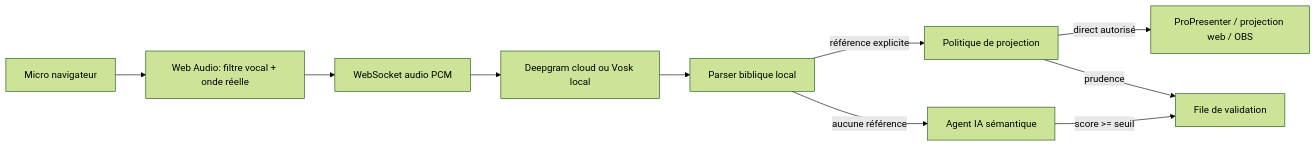
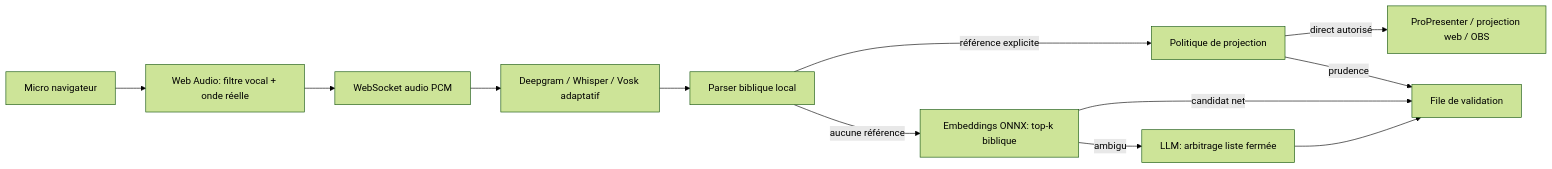
Before and after one commit to gafard/VersePro: the diagram in v2/README.md, drawn with Mermaid (forest theme). The commit also changed other lines of this file and 28 other files, not shown here.

````diff
--- a/v2/README.md
+++ b/v2/README.md
@@ -130,12 +137,14 @@
 ```mermaid
 flowchart LR
   Mic["Micro navigateur"] --> Audio["Web Audio: filtre vocal + onde réelle"]
   Audio --> WS["WebSocket audio PCM"]
-  WS --> ASR["Deepgram cloud ou Vosk local"]
+  WS --> ASR["Deepgram / Whisper / Vosk adaptatif"]
   ASR --> Parser["Parser biblique local"]
   Parser -->|référence explicite| Policy["Politique de projection"]
-  Parser -->|aucune référence| AI["Agent IA sémantique"]
-  AI -->|score >= seuil| Queue["File de validation"]
+  Parser -->|aucune référence| ONNX["Embeddings ONNX: top-k biblique"]
+  ONNX -->|candidat net| Queue["File de validation"]
+  ONNX -->|ambigu| AI["LLM: arbitrage liste fermée"]
+  AI --> Queue
   Policy -->|direct autorisé| Projector["ProPresenter / projection web / OBS"]
   Policy -->|prudence| Queue
 ```
````
